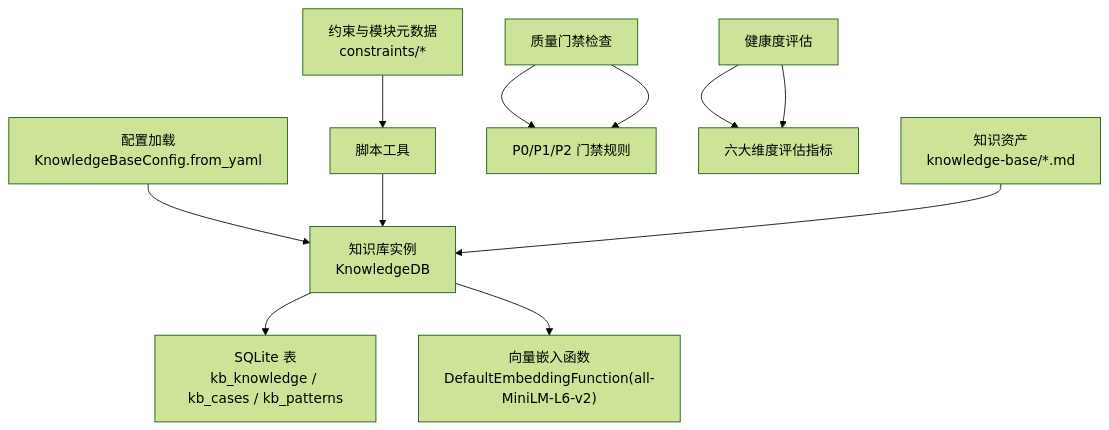
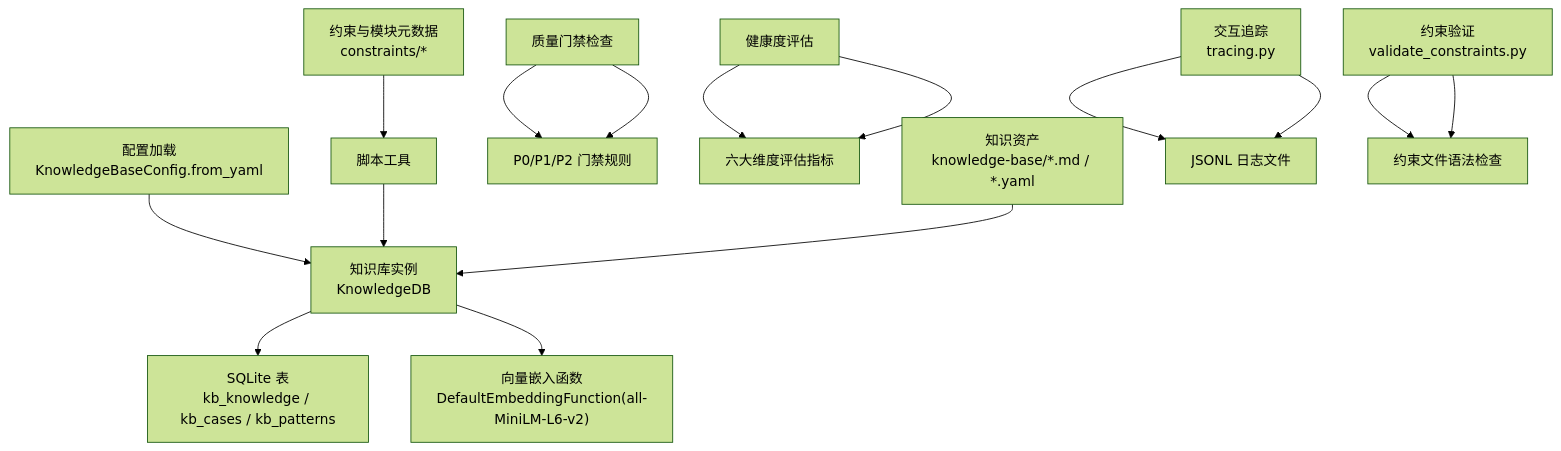
Before and after one commit to afcartevil/automated-test-script: the second of 11 diagrams in .qoder/repowiki/zh/content/知识库管理系统/知识库管理系统.md, drawn with Mermaid (forest theme). The commit also changed other lines of this file and 12 other files, not shown here.

````diff
--- a/.qoder/repowiki/zh/content/知识库管理系统/知识库管理系统.md
+++ b/.qoder/repowiki/zh/content/知识库管理系统/知识库管理系统.md
@@ -137,13 +154,17 @@
 ```mermaid
 graph TB
 A["配置加载<br/>KnowledgeBaseConfig.from_yaml"] --> B["知识库实例<br/>KnowledgeDB"]
 B --> C["SQLite 表<br/>kb_knowledge / kb_cases / kb_patterns"]
 B --> D["向量嵌入函数<br/>DefaultEmbeddingFunction(all-MiniLM-L6-v2)"]
 E["脚本工具"] --> B
 F["质量门禁检查"] --> G["P0/P1/P2 门禁规则"]
 H["健康度评估"] --> I["六大维度评估指标"]
+J["知识资产<br/>knowledge-base/*.md / *.yaml"] --> B
+K["约束与模块元数据<br/>constraints/*"] --> E
+L["交互追踪<br/>tracing.py"] --> M["JSONL 日志文件"]
+N["约束验证<br/>validate_constraints.py"] --> O["约束文件语法检查"]
 F --> G
 H --> I
-J["知识资产<br/>knowledge-base/*.md"] --> B
-K["约束与模块元数据<br/>constraints/*"] --> E
+N --> O
+L --> M
 ```
````
